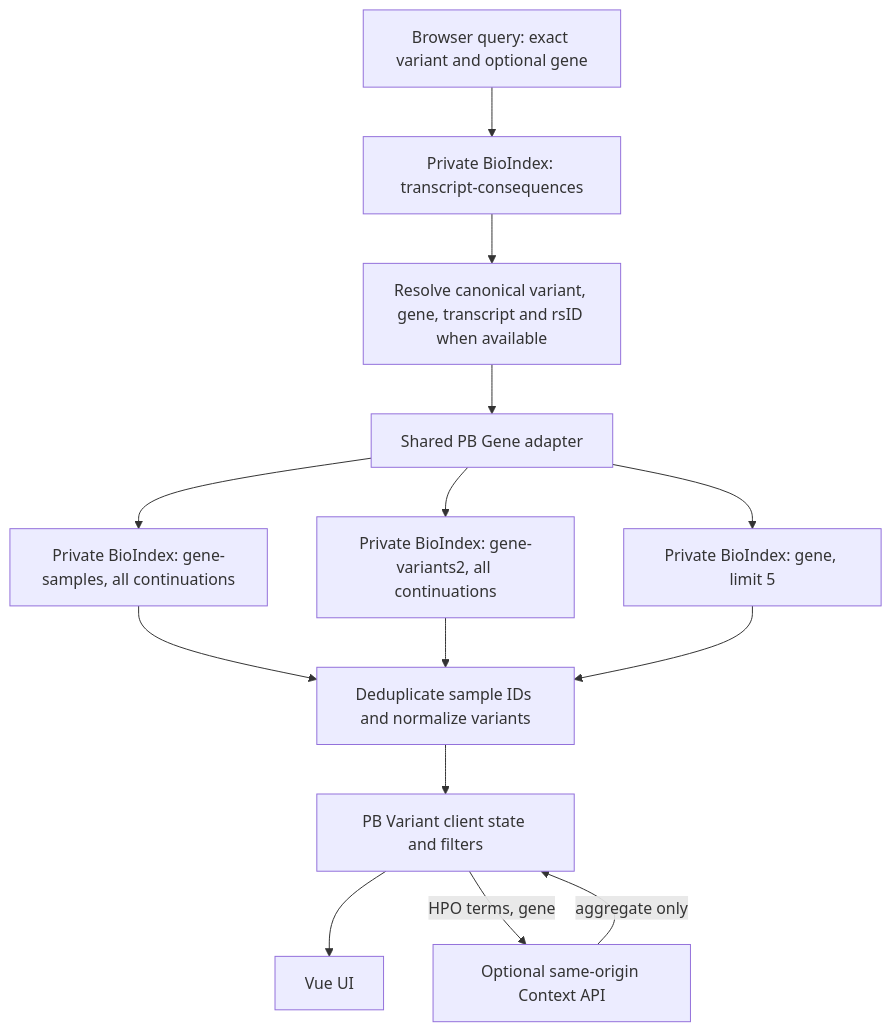
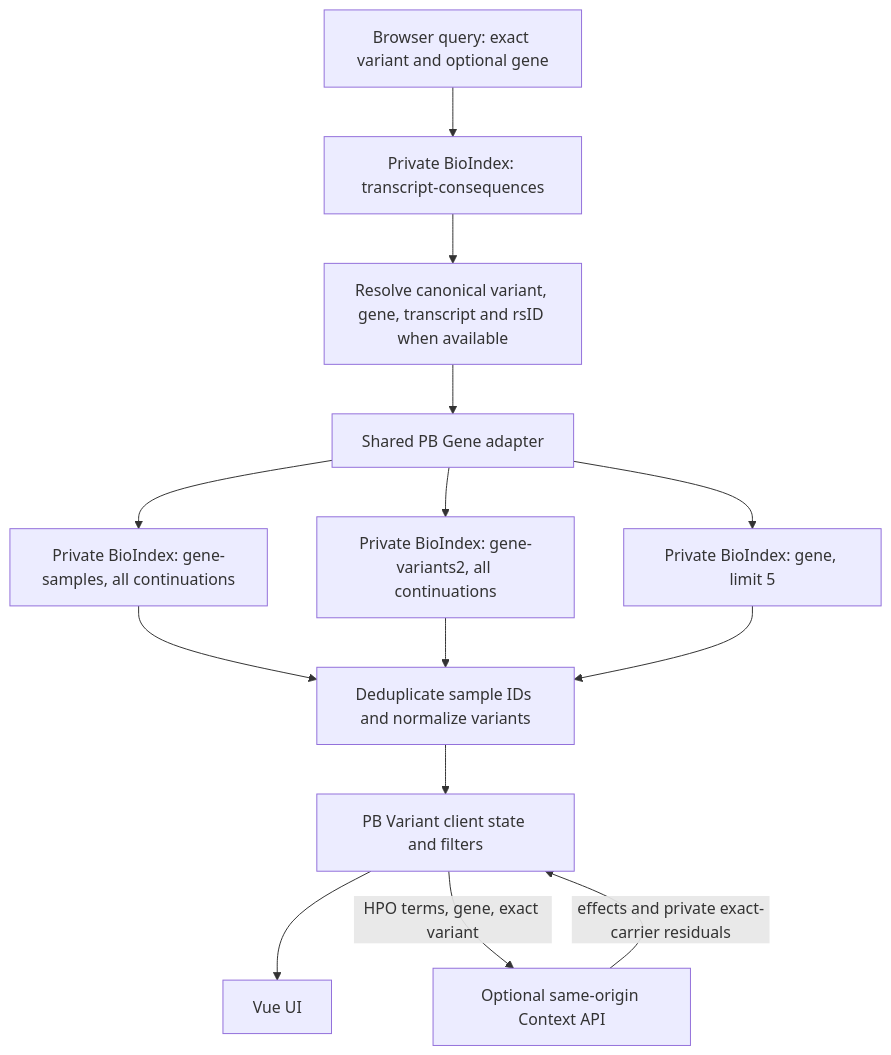
The diagram in docs/pb_variant_engineering_integration_handoff.md (broadinstitute/dig-dug-portal), drawn with Mermaid before and after one commit. The commit also changed other lines of this file and 1 other file, not shown here.

Commit message:
docs(pb): update variant and phenotype engineering contracts

````diff
--- a/docs/pb_variant_engineering_integration_handoff.md
+++ b/docs/pb_variant_engineering_integration_handoff.md
@@ -95,24 +144,24 @@
 ```mermaid
 flowchart TD
     Q[Browser query: exact variant and optional gene]
     T[Private BioIndex: transcript-consequences]
     R[Resolve canonical variant, gene, transcript and rsID when available]
     P[Shared PB Gene adapter]
     GS[Private BioIndex: gene-samples, all continuations]
     GV[Private BioIndex: gene-variants2, all continuations]
     G[Private BioIndex: gene, limit 5]
     D[Deduplicate sample IDs and normalize variants]
     F[PB Variant client state and filters]
     C[Optional same-origin Context API]
     U[Vue UI]
 
     Q --> T --> R --> P
     P --> GS
     P --> GV
     P --> G
     GS --> D
     GV --> D
     G --> D
     D --> F --> U
-    F -->|HPO terms, gene| C -->|aggregate only| F
+    F -->|HPO terms, gene, exact variant| C -->|effects and private exact-carrier residuals| F
 ```
````
